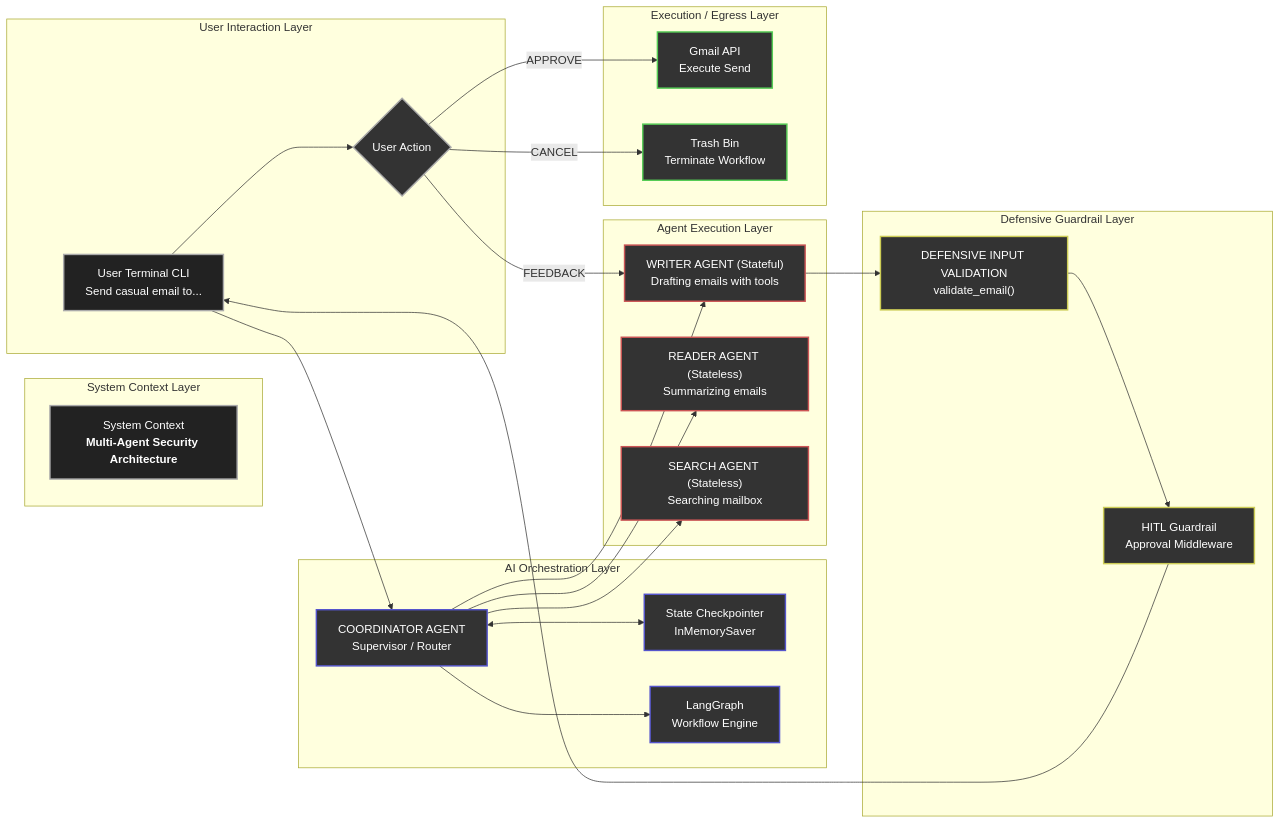
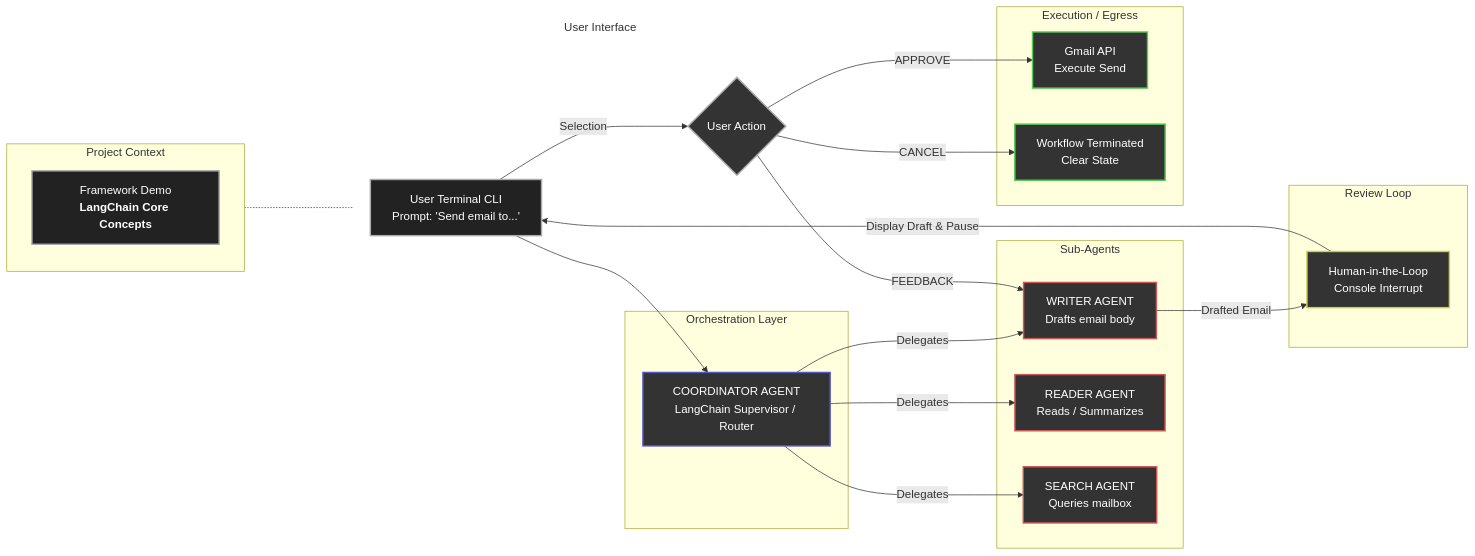
Before and after one commit to abdulhaseeb4747-cmyk/gmail-multi-agent-assistant: the diagram in README.md, drawn with Mermaid. The commit also changed other lines of this file, not shown here.

Commit message:
Docs: Complete rewrite of README to reflect pure LangChain framework

````diff
--- a/README.md
+++ b/README.md
@@ -11,60 +11,57 @@
-```mermaid
+```mermaid id="1axmq1"
 graph LR
     %% Style Definitions
     classDef startContext fill:#222,stroke:#aaa,stroke-width:2px,color:#fff;
     classDef orchestration fill:#333,stroke:#55c,stroke-width:2px,color:#fff;
     classDef agent fill:#333,stroke:#c55,stroke-width:2px,color:#fff;
-    classDef defensive fill:#333,stroke:#cc5,stroke-width:2px,color:#fff;
+    classDef control fill:#333,stroke:#cc5,stroke-width:2px,color:#fff;
     classDef output fill:#333,stroke:#5c5,stroke-width:2px,color:#fff;
     classDef decision fill:#333,stroke:#aaa,stroke-width:2px,color:#fff;
+    classDef invisible fill:none,stroke:none,color:none;
 
-    subgraph Context["System Context Layer"]
-        SystemContext["System Context<br/><b>Multi-Agent Security Architecture</b>"]:::startContext
+    subgraph Context["Project Context"]
+        SystemContext["Framework Demo<br/><b>LangChain Core Concepts</b>"]:::startContext
     end
 
-    subgraph Terminal["User Interaction Layer"]
-        UserTerminal["User Terminal CLI<br/>Send casual email to..."]:::startContext
+    subgraph Terminal["User Interface"]
+        UserTerminal["User Terminal CLI<br/>Prompt: 'Send email to...'"]:::startContext
         UserAction{"User Action"}:::decision
     end
 
-    subgraph Orchestration["AI Orchestration Layer"]
-        Coordinator["COORDINATOR AGENT<br/>Supervisor / Router"]:::orchestration
-        Checkpointer["State Checkpointer<br/>InMemorySaver"]:::orchestration
-        LangGraph["LangGraph<br/>Workflow Engine"]:::orchestration
+    subgraph Orchestration["Orchestration Layer"]
+        Coordinator["COORDINATOR AGENT<br/>LangChain Supervisor / Router"]:::orchestration
     end
 
-    subgraph Agents["Agent Execution Layer"]
-        Writer["WRITER AGENT (Stateful)<br/>Drafting emails with tools"]:::agent
-        Reader["READER AGENT (Stateless)<br/>Summarizing emails"]:::agent
-        Search["SEARCH AGENT (Stateless)<br/>Searching mailbox"]:::agent
+    subgraph Agents["Sub-Agents"]
+        WriterAgent["WRITER AGENT<br/>Drafts email body"]:::agent
+        ReaderAgent["READER AGENT<br/>Reads / Summarizes"]:::agent
+        SearchAgent["SEARCH AGENT<br/>Queries mailbox"]:::agent
     end
 
-    subgraph Security["Defensive Guardrail Layer"]
-        Validation["DEFENSIVE INPUT VALIDATION<br/>validate_email()"]:::defensive
-        HITL["HITL Guardrail<br/>Approval Middleware"]:::defensive
+    subgraph Guardrail["Review Loop"]
+        HITLStep["Human-in-the-Loop<br/>Console Interrupt"]:::control
     end
 
-    subgraph Output["Execution / Egress Layer"]
-        Gmail["Gmail API<br/>Execute Send"]:::output
-        Trash["Trash Bin<br/>Terminate Workflow"]:::output
+    subgraph Output["Execution / Egress"]
+        GmailAPI["Gmail API<br/>Execute Send"]:::output
+        TrashBin["Workflow Terminated<br/>Clear State"]:::output
     end
 
+    Context -...- Terminal:::invisible
+
     UserTerminal --> Coordinator
-    Coordinator <--> Checkpointer
-    Coordinator --> LangGraph
 
-    Coordinator --> Writer
-    Coordinator --> Reader
-    Coordinator --> Search
+    Coordinator -->|"Delegates"| WriterAgent
+    Coordinator -->|"Delegates"| ReaderAgent
+    Coordinator -->|"Delegates"| SearchAgent
 
-    Writer --> Validation
-    Validation --> HITL
+    WriterAgent -->|"Drafted Email"| HITLStep
 
-    HITL --> UserTerminal
+    HITLStep -->|"Display Draft & Pause"| UserTerminal
 
-    UserTerminal --> UserAction
+    UserTerminal -->|"Selection"| UserAction
 
-    UserAction -->|"APPROVE"| Gmail
-    UserAction -->|"CANCEL"| Trash
-    UserAction -->|"FEEDBACK"| Writer
+    UserAction -->|"APPROVE"| GmailAPI
+    UserAction -->|"CANCEL"| TrashBin
+    UserAction -->|"FEEDBACK"| WriterAgent
 ```
````
